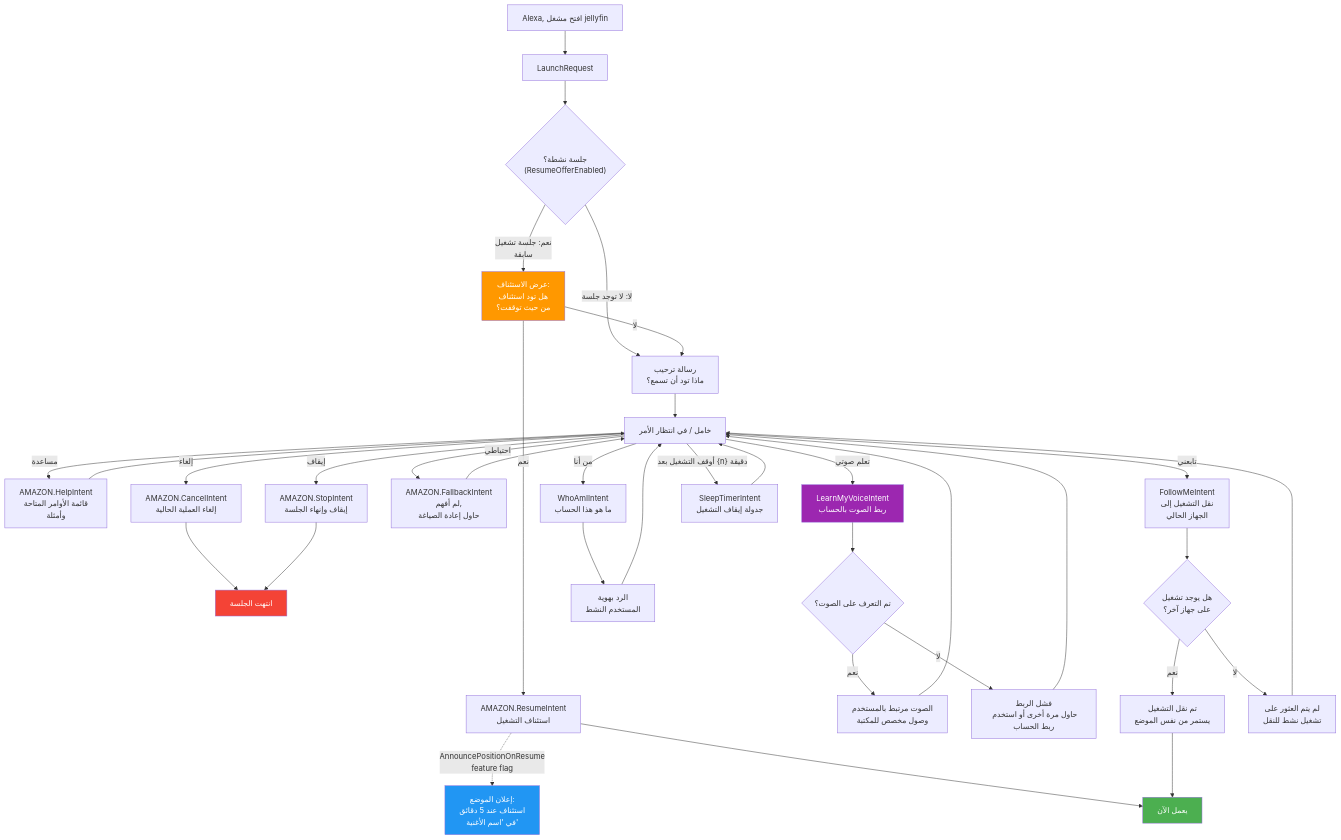
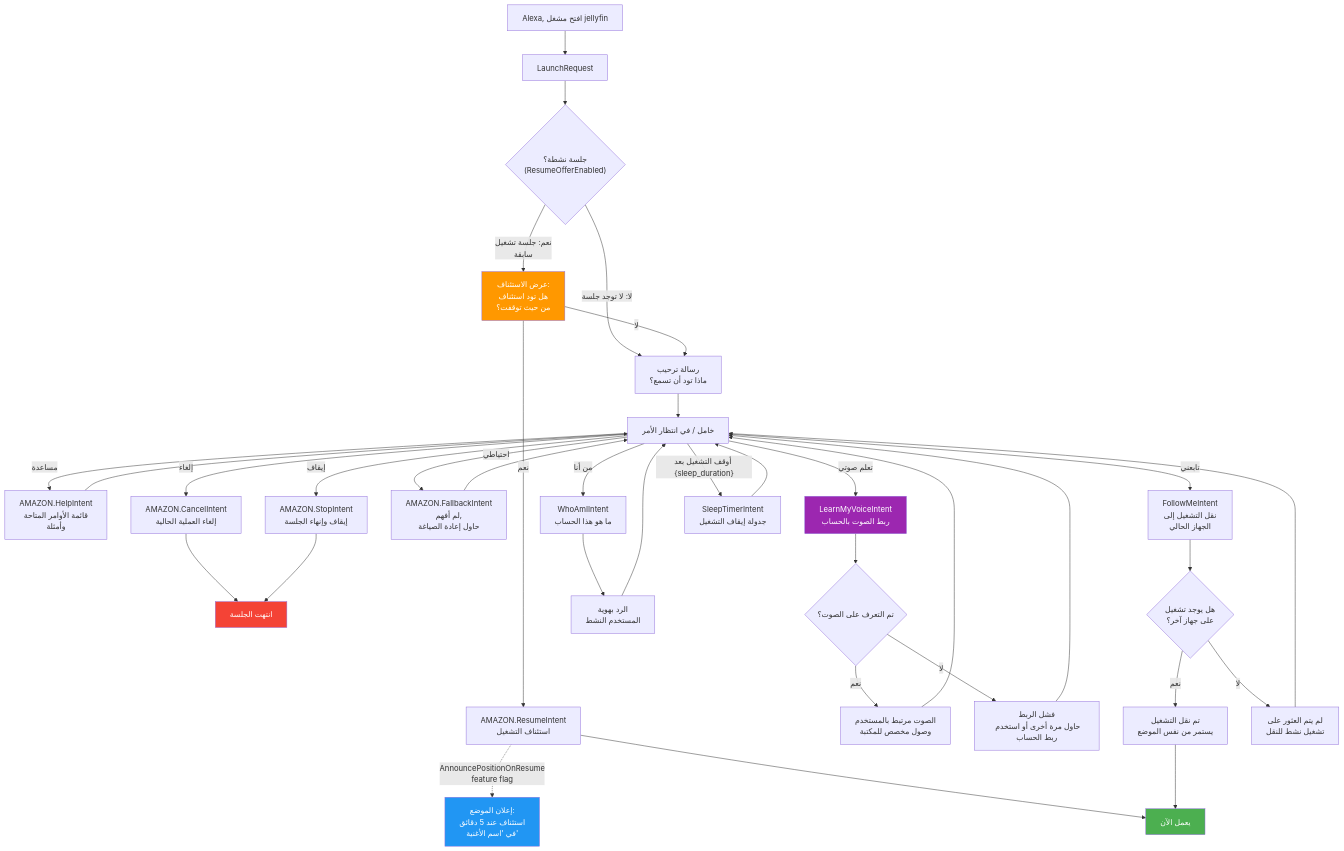
The diagram in docs/session-management-ar-SA.md (paoloantinori/jellyfin-alexa-plugin), drawn with Mermaid before and after one commit. The commit also changed 94 other files, not shown here.

````diff
--- a/docs/session-management-ar-SA.md
+++ b/docs/session-management-ar-SA.md
@@ -3,56 +3,56 @@
 ```mermaid
 graph TD
     Open["Alexa, افتح مشغل jellyfin"] --> LaunchRequest["LaunchRequest"]
 
     LaunchRequest --> HasSession{"جلسة نشطة؟<br/>(ResumeOfferEnabled)"}
 
     HasSession -->|"نعم: جلسة تشغيل<br/>سابقة"| ResumeOffer["عرض الاستئناف:<br/>هل تود استئناف<br/>من حيث توقفت؟"]
     HasSession -->|"لا: لا توجد جلسة"| Welcome["رسالة ترحيب<br/>ماذا تود أن تسمع؟"]
 
     ResumeOffer -->|"نعم"| ResumePlay["AMAZON.ResumeIntent<br/>استئناف التشغيل"]
     ResumeOffer -->|"لا"| Welcome
 
     ResumePlay -.->|"AnnouncePositionOnResume<br/>feature flag"| PositionAnnounce["إعلان الموضع:<br/>استئناف عند 5 دقائق<br/>في 'اسم الأغنية'"]
     ResumePlay --> Playing["يعمل الآن"]
 
     Welcome --> Idle["خامل / في انتظار الأمر"]
 
     Idle -->|"مساعدة"| Help["AMAZON.HelpIntent<br/>قائمة الأوامر المتاحة<br/>وأمثلة"]
     Idle -->|"إلغاء"| Cancel["AMAZON.CancelIntent<br/>إلغاء العملية الحالية"]
     Idle -->|"إيقاف"| Stop["AMAZON.StopIntent<br/>إيقاف وإنهاء الجلسة"]
     Idle -->|"احتياطي"| Fallback["AMAZON.FallbackIntent<br/>لم أفهم,<br/>حاول إعادة الصياغة"]
 
     Help --> Idle
     Cancel --> EndSession["انتهت الجلسة"]
     Stop --> EndSession
     Fallback --> Idle
 
     Idle -->|"تعلم صوتي"| VoiceLink["LearnMyVoiceIntent<br/>ربط الصوت بالحساب"]
     VoiceLink --> VoiceResult{"تم التعرف على الصوت؟"}
     VoiceResult -->|"نعم"| Linked["الصوت مرتبط بالمستخدم<br/>وصول مخصص للمكتبة"]
     VoiceResult -->|"لا"| LinkFailed["فشل الربط<br/>حاول مرة أخرى أو استخدم ربط الحساب"]
 
     Linked --> Idle
     LinkFailed --> Idle
 
     Idle -->|"من أنا"| WhoAmI["WhoAmIIntent<br/>ما هو هذا الحساب"]
     WhoAmI --> IdentityResp["الرد بهوية<br/>المستخدم النشط"]
     IdentityResp --> Idle
 
     Idle -->|"تابعني"| FollowMe["FollowMeIntent<br/>نقل التشغيل إلى<br/>الجهاز الحالي"]
     FollowMe --> FollowTransfer{"هل يوجد تشغيل<br/>على جهاز آخر؟"}
     FollowTransfer -->|"نعم"| TransferOK["تم نقل التشغيل<br/>يستمر من نفس الموضع"]
     FollowTransfer -->|"لا"| NoTransfer["لم يتم العثور على<br/>تشغيل نشط للنقل"]
 
     TransferOK --> Playing
     NoTransfer --> Idle
 
-    Idle -->|"أوقف التشغيل بعد {n} دقيقة"| Sleep["SleepTimerIntent<br/>جدولة إيقاف التشغيل"]
+    Idle -->|"أوقف التشغيل بعد {sleep_duration}"| Sleep["SleepTimerIntent<br/>جدولة إيقاف التشغيل"]
     Sleep --> Idle
 
     style Playing fill:#4CAF50,color:#fff
     style EndSession fill:#f44336,color:#fff
     style VoiceLink fill:#9C27B0,color:#fff
     style ResumeOffer fill:#FF9800,color:#fff
     style PositionAnnounce fill:#2196F3,color:#fff
 ```
````
